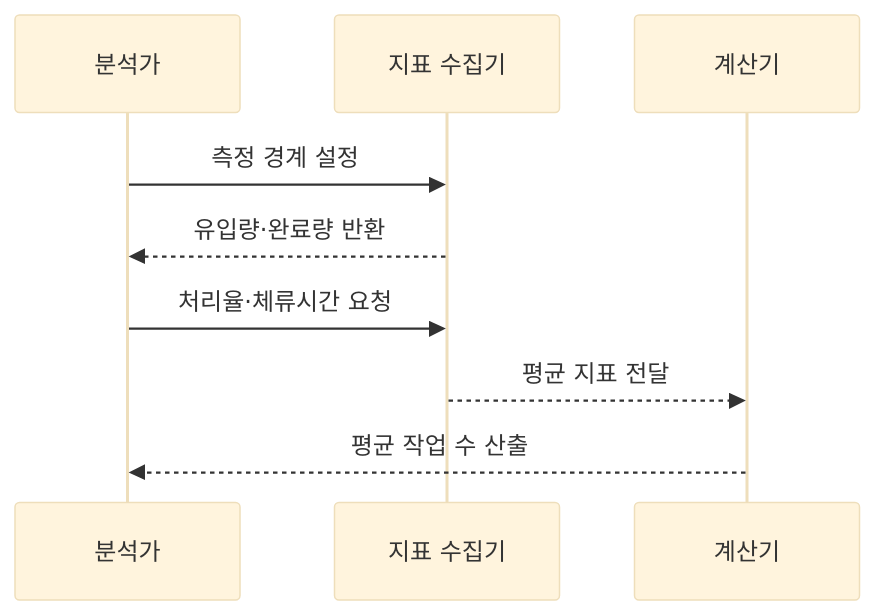
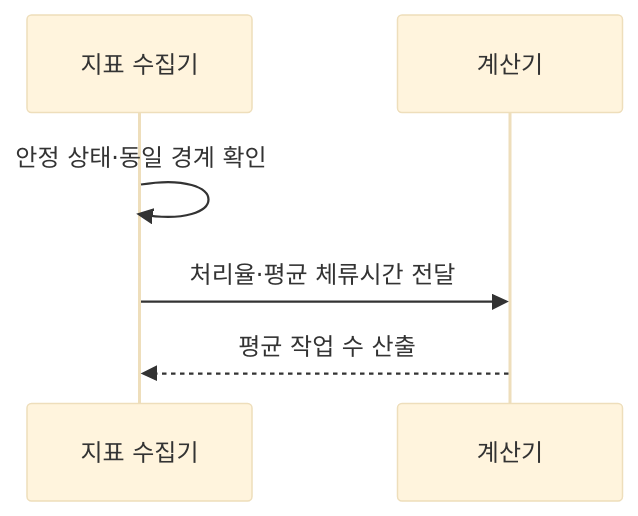
One commit to agnusdei1207/knowledge-base changed the diagram in src/content/docs/notes/06-evaluation/004_littles_law.md. Above: the diagram before and after it, drawn with Mermaid (base theme). The commit also changed other lines of this file and 11 other files, not shown here.

````diff
--- a/src/content/docs/notes/06-evaluation/004_littles_law.md
+++ b/src/content/docs/notes/06-evaluation/004_littles_law.md
@@ -65,11 +65,8 @@
 ```mermaid
 sequenceDiagram
-    participant A as 분석가
     participant M as 지표 수집기
     participant C as 계산기
-    A->>M: 측정 경계 설정
-    M-->>A: 유입량·완료량 반환
-    A->>M: 처리율·체류시간 요청
-    M-->>C: 평균 지표 전달
-    C-->>A: 평균 작업 수 산출
+    M->>M: 안정 상태·동일 경계 확인
+    M->>C: 처리율·평균 체류시간 전달
+    C-->>M: 평균 작업 수 산출
 ```
````
